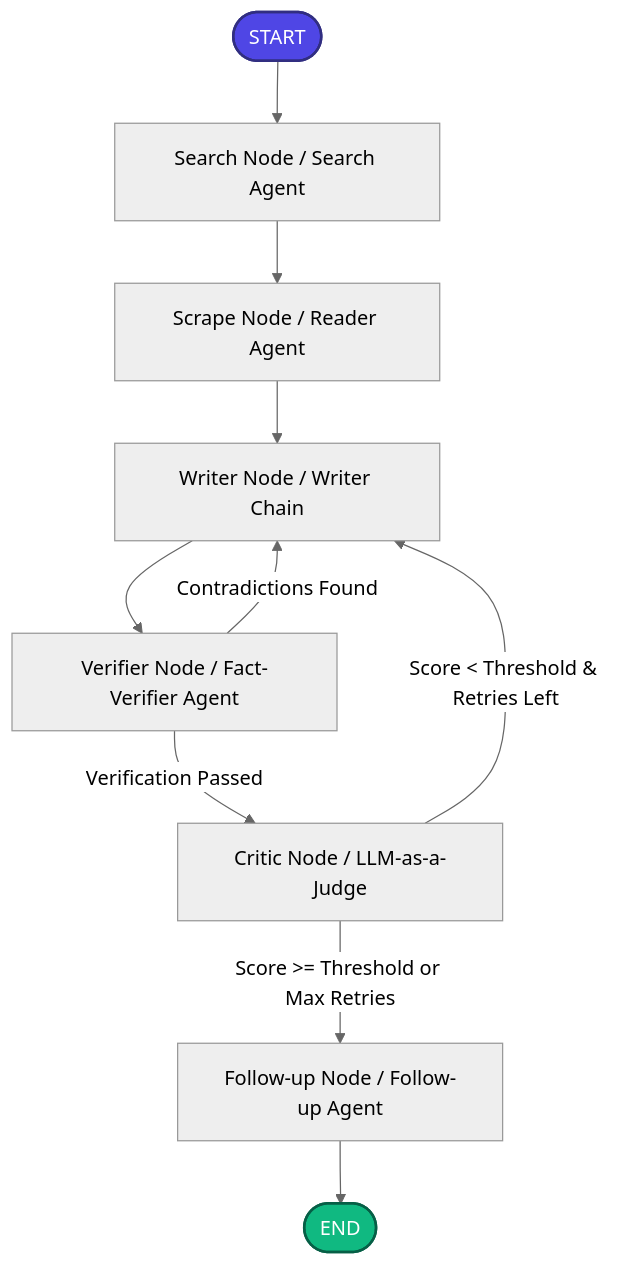
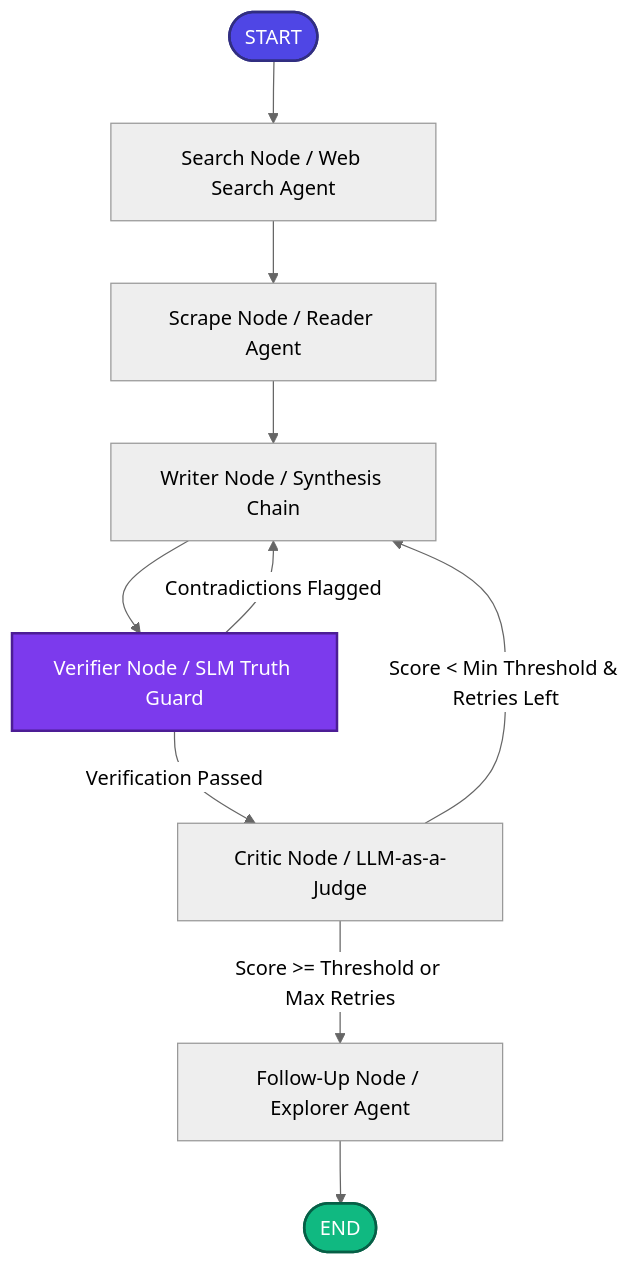
The diagram in README.md (shayanazmi/Thoth), drawn with Mermaid (neutral theme) before and after one commit. The commit also changed other lines of this file and 7 other files, not shown here.

Commit message:
feat: SciSpace-style research copilot workspace with 8B SLM fact-verifier and UI redesign

````diff
--- a/README.md
+++ b/README.md
@@ -11,18 +23,19 @@
 ```mermaid
 graph TD
-    START([START]) --> Search[Search Node / Search Agent]
+    START([START]) --> Search[Search Node / Web Search Agent]
     Search --> Scrape[Scrape Node / Reader Agent]
-    Scrape --> Writer[Writer Node / Writer Chain]
-    Writer --> Verifier[Verifier Node / Fact-Verifier Agent]
+    Scrape --> Writer[Writer Node / Synthesis Chain]
+    Writer --> Verifier[Verifier Node / SLM Truth Guard]
     
-    Verifier -->|Contradictions Found| Writer
+    Verifier -->|Contradictions Flagged| Writer
     Verifier -->|Verification Passed| Critic[Critic Node / LLM-as-a-Judge]
     
-    Critic -->|Score < Threshold & Retries Left| Writer
-    Critic -->|Score >= Threshold or Max Retries| FollowUp[Follow-up Node / Follow-up Agent]
+    Critic -->|Score < Min Threshold & Retries Left| Writer
+    Critic -->|Score >= Threshold or Max Retries| FollowUp[Follow-Up Node / Explorer Agent]
     
     FollowUp --> END([END])
     
     style START fill:#4F46E5,stroke:#312E81,stroke-width:2px,color:#fff
     style END fill:#10B981,stroke:#065F46,stroke-width:2px,color:#fff
+    style Verifier fill:#7C3AED,stroke:#4C1D95,stroke-width:2px,color:#fff
 ```
````
